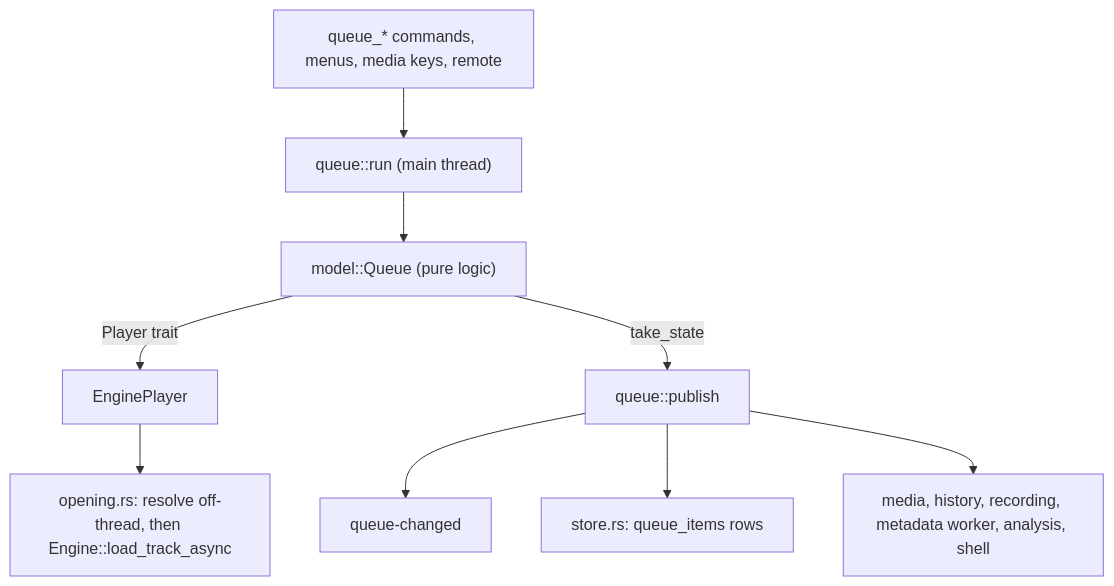
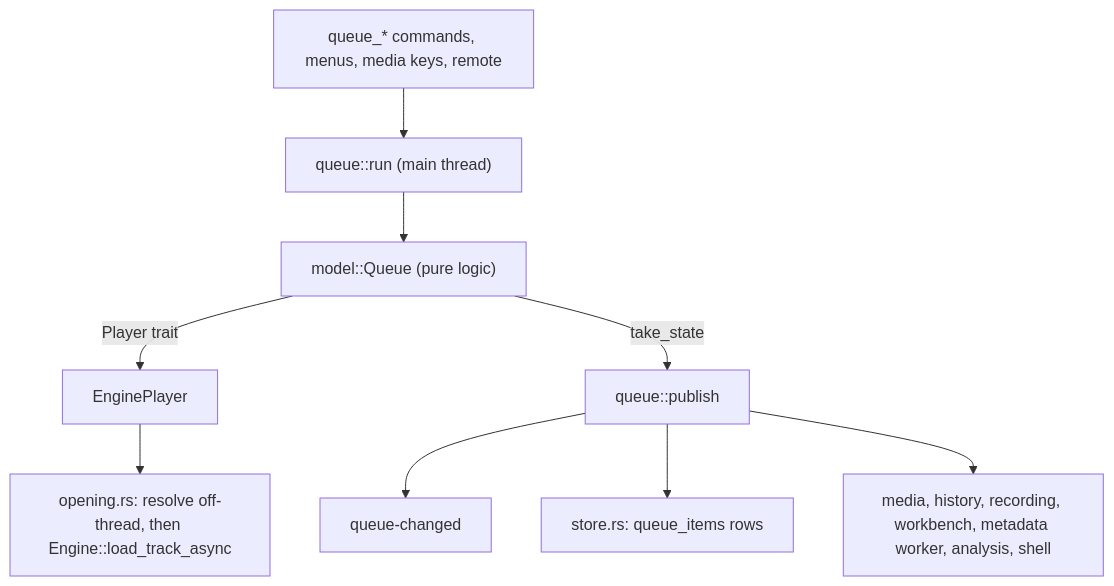
Before and after one commit to MyPublicGitHubAcct/ano-mp: the first of 2 diagrams in docs/developer-guide/06-rust-backend.md, drawn with Mermaid. The commit also changed other lines of this file and 42 other files, not shown here.

````diff
--- a/docs/developer-guide/06-rust-backend.md
+++ b/docs/developer-guide/06-rust-backend.md
@@ -104,11 +104,11 @@
 ```mermaid
 flowchart TB
     Cmd["queue_* commands, menus, media keys, remote"] --> Run["queue::run (main thread)"]
     Run --> Model["model::Queue (pure logic)"]
     Model -- "Player trait" --> EP["EnginePlayer"]
     EP --> Opening["opening.rs: resolve off-thread, then Engine::load_track_async"]
     Model -- "take_state" --> Publish["queue::publish"]
     Publish --> Event["queue-changed"]
     Publish --> Store["store.rs: queue_items rows"]
-    Publish --> Others["media, history, recording, metadata worker, analysis, shell"]
+    Publish --> Others["media, history, recording, workbench, metadata worker, analysis, shell"]
 ```
````
